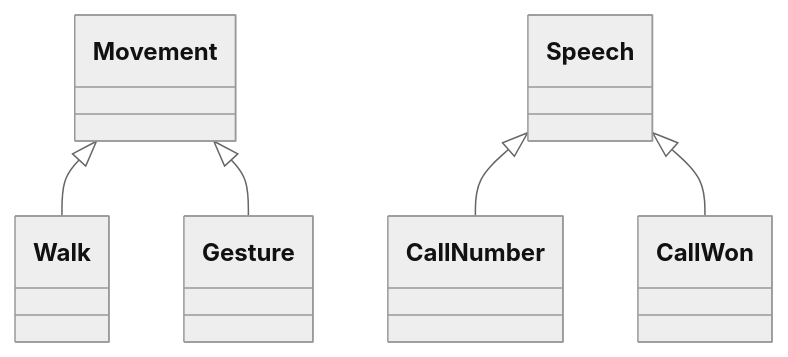
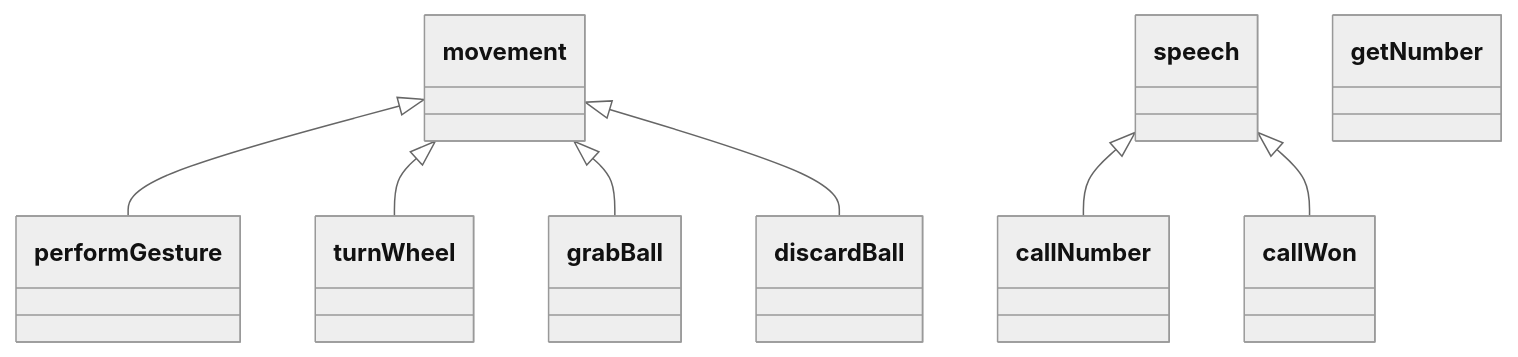
Before and after one commit to almukhabarat/bingo_game_elderly: the diagram in docs/documentatie/UML_diagram.md, drawn with Mermaid (neutral theme).

Commit message:
NAO diagram added classes

````diff
--- a/docs/documentatie/UML_diagram.md
+++ b/docs/documentatie/UML_diagram.md
@@ -5,32 +5,47 @@
 ```mermaid
     classDiagram
-        Movement <|-- Walk
-        Movement <|-- Gesture
+        movement <|-- performGesture
+        movement <|-- turnWheel
+        movement <|-- grabBall
+        movement <|-- discardBall
 
-        Speech <|-- CallNumber
-        Speech <|-- CallWon
+        speech <|-- callNumber
+        speech <|-- callWon
 
-        class Movement {
+        class getNumber {
+
+        }
+
+        class movement {
             
         }
 
-        class Walk {
+        class performGesture {
 
         }
 
-        class Gesture {
+        class turnWheel {
 
         }
 
-        class Speech {
+        class grabBall {
 
         }
 
-        class CallNumber {
+        class discardBall {
 
         }
 
-        class CallWon {
+        class speech {
 
         }
+
+        class callNumber {
+
+        }
+
+        class callWon {
+
+        }
+
 ```
````
